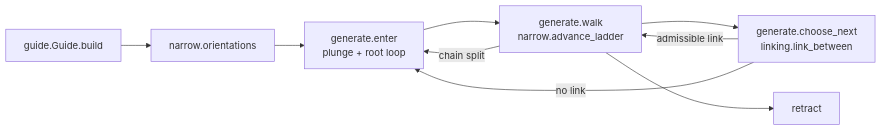
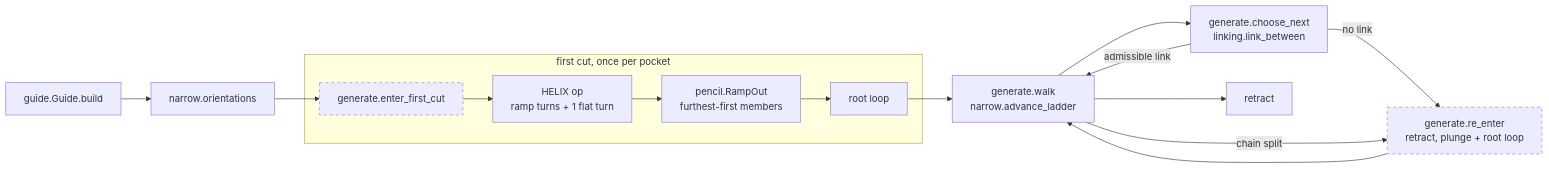
The diagram in docs/pipeline.md (jf---/compas_cgal), drawn with Mermaid before and after one commit. The commit also changed other lines of this file and 96 other files, not shown here.

First line of the commit message:
wip(1.2): helix entry, pencil, consumers, post (gate not run)

````diff
--- a/docs/pipeline.md
+++ b/docs/pipeline.md
@@ -18,11 +31,19 @@
 ```mermaid
 flowchart LR
     G[guide.Guide.build] --> O[narrow.orientations]
-    O --> E[generate.enter<br/>plunge + root loop]
-    E --> W[generate.walk<br/>narrow.advance_ladder]
+    O --> F[generate.enter_first_cut]
+    subgraph first["first cut, once per pocket"]
+        F --> H[HELIX op<br/>ramp turns + 1 flat turn]
+        H --> P[pencil.RampOut<br/>furthest-first members]
+        P --> R0[root loop]
+    end
+    R0 --> W[generate.walk<br/>narrow.advance_ladder]
     W --> C[generate.choose_next<br/>linking.link_between]
     C -->|admissible link| W
-    C -->|no link| E
+    C -->|no link| E[generate.re_enter<br/>retract, plunge + root loop]
     W -->|chain split| E
+    E --> W
     W --> X[retract]
+    classDef forced stroke-dasharray: 5 5
+    class F,E forced
 ```
````
